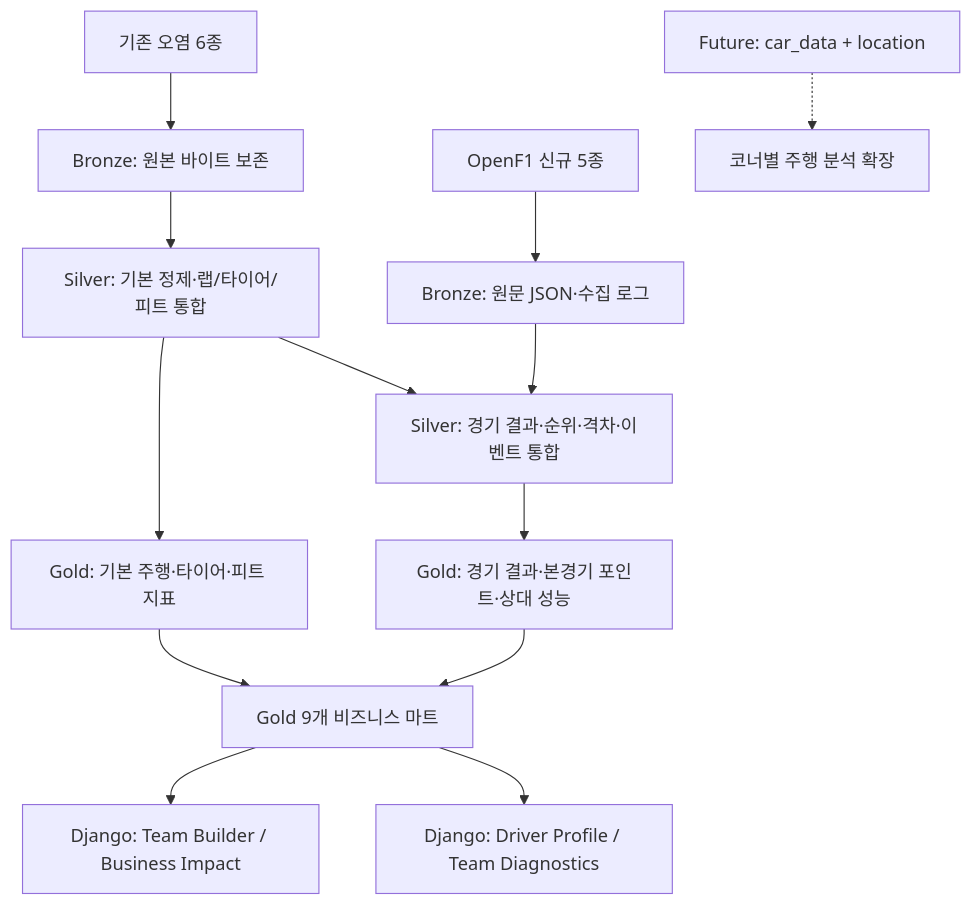
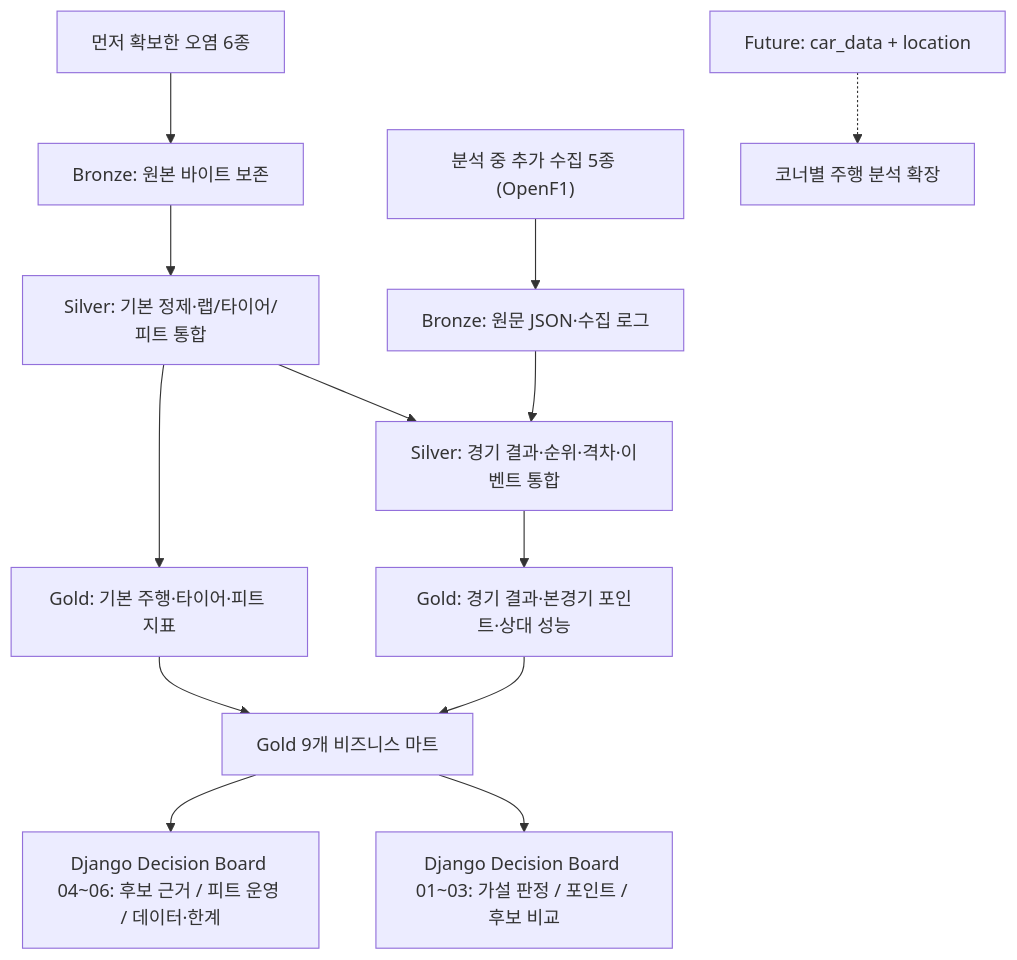
One commit to encore-ai-campus/mlo-02-p2-team1 changed the diagram in F1_P2_Spec.md. Above: the diagram before and after it, drawn with Mermaid. The commit also changed other lines of this file and 86 other files, not shown here.

````diff
--- a/F1_P2_Spec.md
+++ b/F1_P2_Spec.md
@@ -95,15 +103,15 @@
 ```mermaid
 flowchart TD
-    A["기존 오염 6종"] --> B["Bronze: 원본 바이트 보존"]
-    C["OpenF1 신규 5종"] --> D["Bronze: 원문 JSON·수집 로그"]
+    A["먼저 확보한 오염 6종"] --> B["Bronze: 원본 바이트 보존"]
+    C["분석 중 추가 수집 5종 (OpenF1)"] --> D["Bronze: 원문 JSON·수집 로그"]
     B --> E["Silver: 기본 정제·랩/타이어/피트 통합"]
     D --> F["Silver: 경기 결과·순위·격차·이벤트 통합"]
     E --> F
     E --> G["Gold: 기본 주행·타이어·피트 지표"]
     F --> H["Gold: 경기 결과·본경기 포인트·상대 성능"]
     G --> I["Gold 9개 비즈니스 마트"]
     H --> I
-    I --> J["Django: Driver Profile / Team Diagnostics"]
-    I --> K["Django: Team Builder / Business Impact"]
+    I --> J["Django Decision Board 01~03: 가설 판정 / 포인트 / 후보 비교"]
+    I --> K["Django Decision Board 04~06: 후보 근거 / 피트 운영 / 데이터·한계"]
     L["Future: car_data + location"] -.-> M["코너별 주행 분석 확장"]
 ```
````
